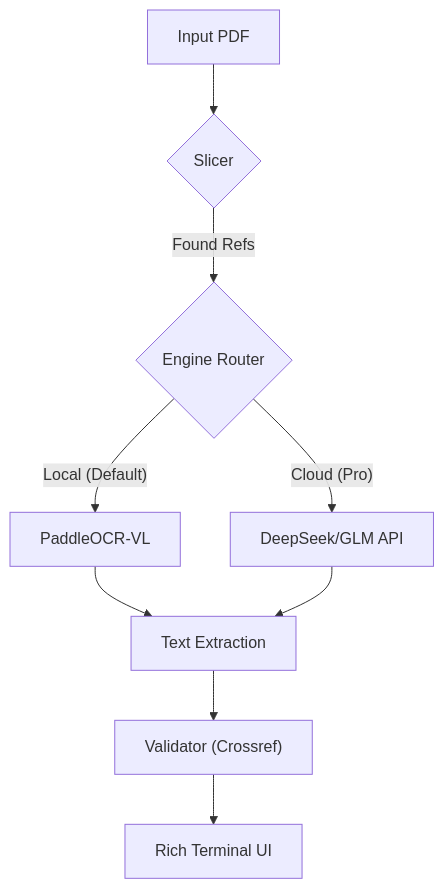
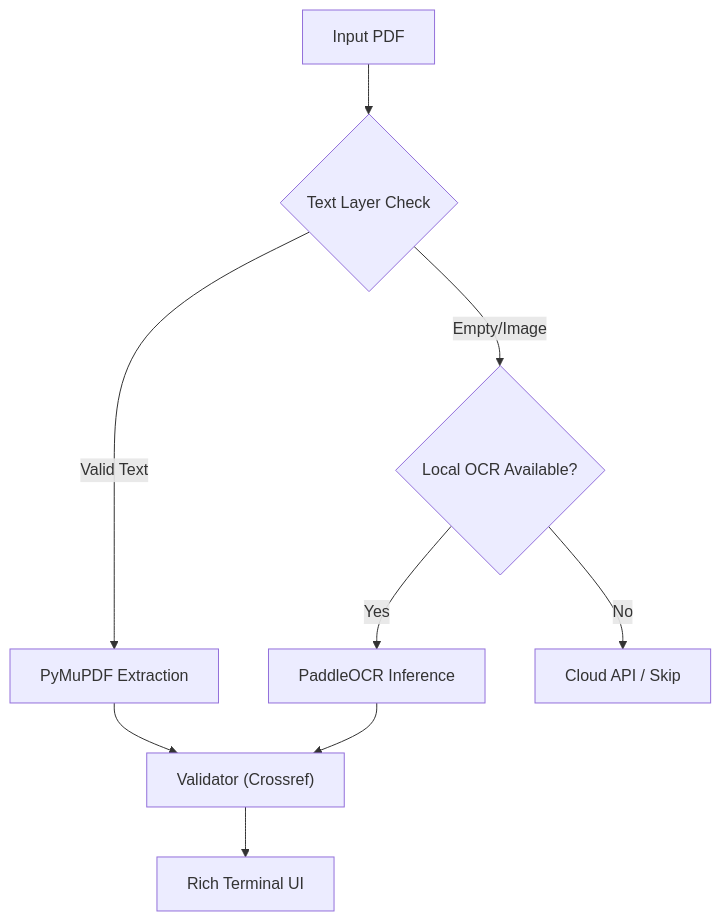
One commit to HelloWorldU/VeriCite changed the diagram in README.md. Above: the diagram before and after it, drawn with Mermaid. The commit also changed other lines of this file and 5 other files, not shown here.

````diff
--- a/README.md
+++ b/README.md
@@ -85,11 +71,11 @@
 ```mermaid
 graph TD
-    A[Input PDF] --> B{Slicer};
-    B -->|Found Refs| C{Engine Router};
-    C -->|"Local (Default)"| D[PaddleOCR-VL];
-    C -->|"Cloud (Pro)"| E["DeepSeek/GLM API"];
-    D --> F[Text Extraction];
-    E --> F;
-    F --> G["Validator (Crossref)"];
+    A[Input PDF] --> B{Text Layer Check};
+    B -->|"Valid Text"| C[PyMuPDF Extraction];
+    B -->|"Empty/Image"| D{Local OCR Available?};
+    D -->|"Yes"| E[PaddleOCR Inference];
+    D -->|"No"| F[Cloud API / Skip];
+    C --> G["Validator (Crossref)"];
+    E --> G;
     G --> H["Rich Terminal UI"];
 ```
````
